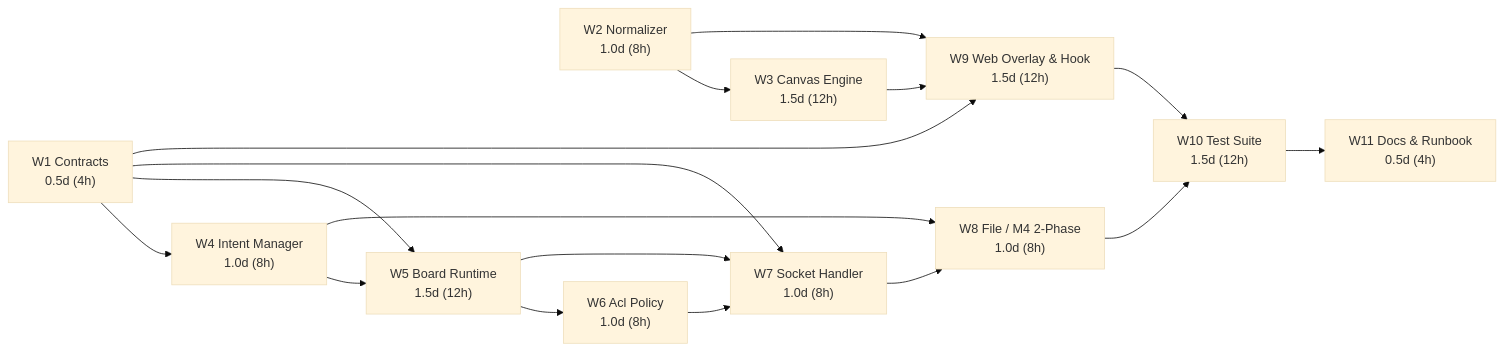
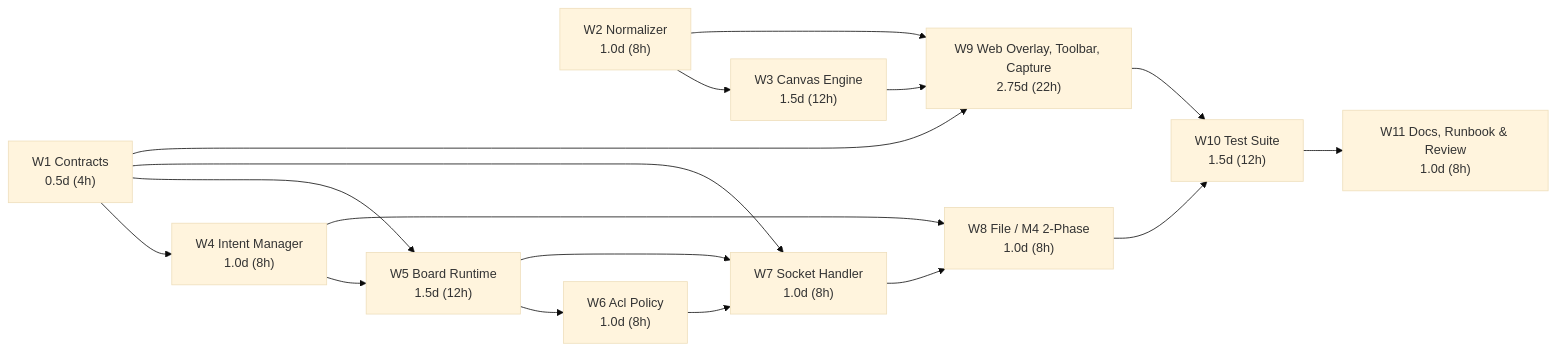
Diagram 12 of 12 in docs/proposals/m5-board.md (Lightning1507/CoLearnia), drawn with Mermaid (base theme) before and after one commit. The commit also changed other lines of this file and 21 other files, not shown here.

````diff
--- a/docs/proposals/m5-board.md
+++ b/docs/proposals/m5-board.md
@@ -1037,23 +1064,23 @@
 ```mermaid
 flowchart LR
   W1["W1 Contracts<br/>0.5d (4h)"]
   W2["W2 Normalizer<br/>1.0d (8h)"]
   W3["W3 Canvas Engine<br/>1.5d (12h)"]
   W4["W4 Intent Manager<br/>1.0d (8h)"]
   W5["W5 Board Runtime<br/>1.5d (12h)"]
   W6["W6 Acl Policy<br/>1.0d (8h)"]
   W7["W7 Socket Handler<br/>1.0d (8h)"]
   W8["W8 File / M4 2-Phase<br/>1.0d (8h)"]
-  W9["W9 Web Overlay & Hook<br/>1.5d (12h)"]
+  W9["W9 Web Overlay, Toolbar, Capture<br/>2.75d (22h)"]
   W10["W10 Test Suite<br/>1.5d (12h)"]
-  W11["W11 Docs & Runbook<br/>0.5d (4h)"]
+  W11["W11 Docs, Runbook & Review<br/>1.0d (8h)"]
 
   W1 --> W4 --> W5 --> W6 --> W7 --> W8 --> W10 --> W11
   W1 --> W5
   W1 --> W7
   W5 --> W7
   W4 --> W8
   W2 --> W3 --> W9 --> W10
   W1 --> W9
   W2 --> W9
 ```
````
